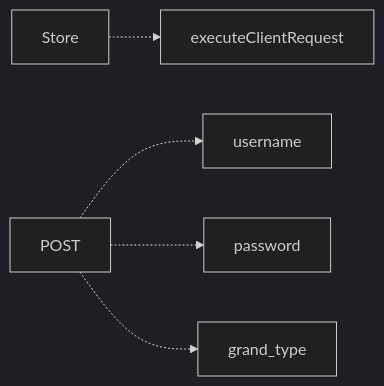
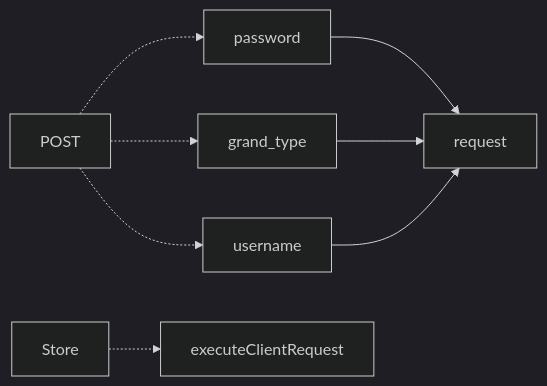
Before and after one commit to gordianknotC/nxp_note: the tenth of 11 diagrams in newage/astro.md, drawn with Mermaid (dark theme). The commit also changed other lines of this file, not shown here.

````diff
--- a/newage/astro.md
+++ b/newage/astro.md
@@ -145,10 +145,12 @@
 ```mermaid
 graph LR
 Store
 POST
 POST -.-> username
 POST -.-> password
 POST -.-> grand_type
-
+password --> request
+grand_type --> request
+username --> request
 Store -.-> executeClientRequest
 ```
````
